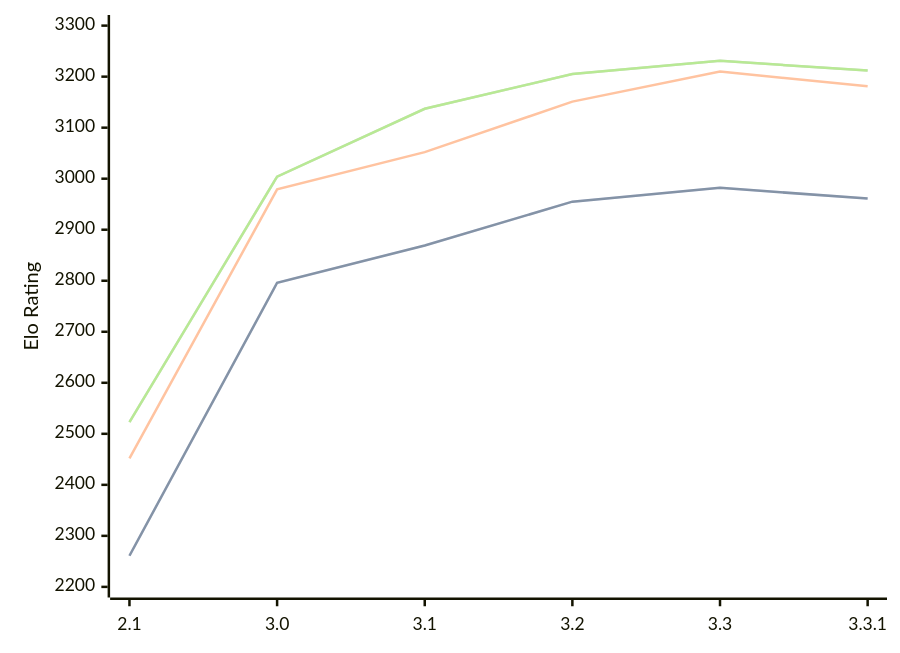
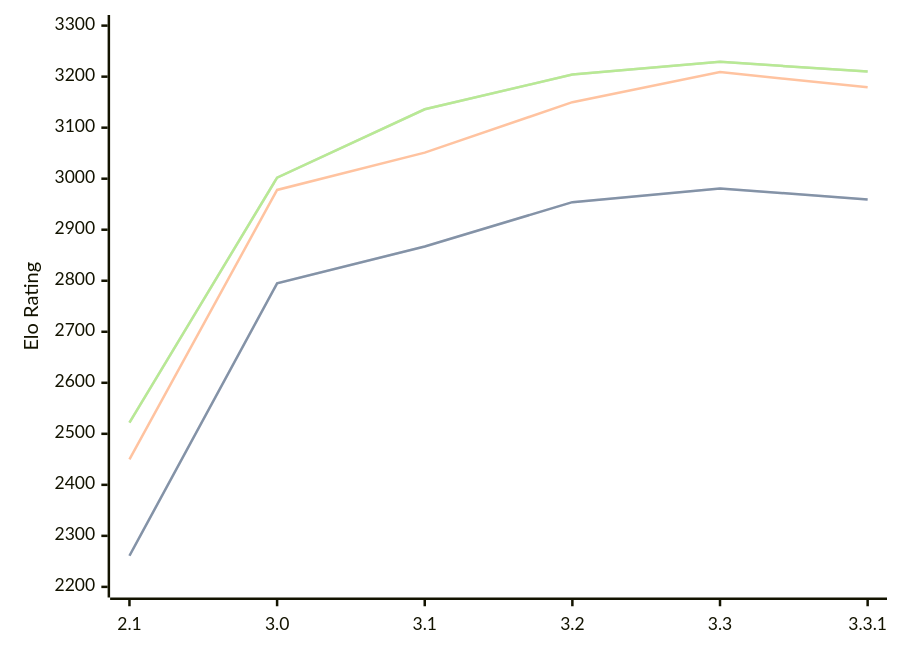
The diagram in engines/Petrel.md (computer-chess-index/cci), drawn with Mermaid before and after one commit. The commit also changed other lines of this file, not shown here.

Commit message:
Update CCI Ratings (ELO VLTC) - 2026-04-26

````diff
--- a/engines/Petrel.md
+++ b/engines/Petrel.md
@@ -45,11 +45,11 @@
 ```mermaid
 %%{init: {"theme":"base","themeVariables":{"seriesColors:['#a3a3a3','#222221','#faa371']}}}%%
 xychart-beta
   x-axis ["2.1", "3.0", "3.1", "3.2", "3.3", "3.3.1"]
   y-axis "Elo Rating" 2200 --> 3300
-  line "STC (8.0+0.08s)" [2261, 2796, 2869, 2955, 2982, 2961]
-  line "STC (8.0+0.08s)" [2261, 2796, 2869, 2955, 2982, 2961]
-  line "LTC (60.0+0.60s)" [2452, 2979, 3052, 3151, 3210, 3181]
-  line "VLTC (2m24s+1.12s)" [2523, 3004, 3137, 3205, 3231, 3212]
-  line "VLTC (2m24s+1.12s)" [2523, 3004, 3137, 3205, 3231, 3212]
+  line "STC (8.0+0.08s)" [2261, 2795, 2867, 2954, 2981, 2959]
+  line "STC (8.0+0.08s)" [2261, 2795, 2867, 2954, 2981, 2959]
+  line "LTC (60.0+0.60s)" [2450, 2978, 3051, 3150, 3209, 3179]
+  line "VLTC (2m24s+1.12s)" [2522, 3002, 3136, 3204, 3229, 3210]
+  line "VLTC (2m24s+1.12s)" [2522, 3002, 3136, 3204, 3229, 3210]
 ```
````
